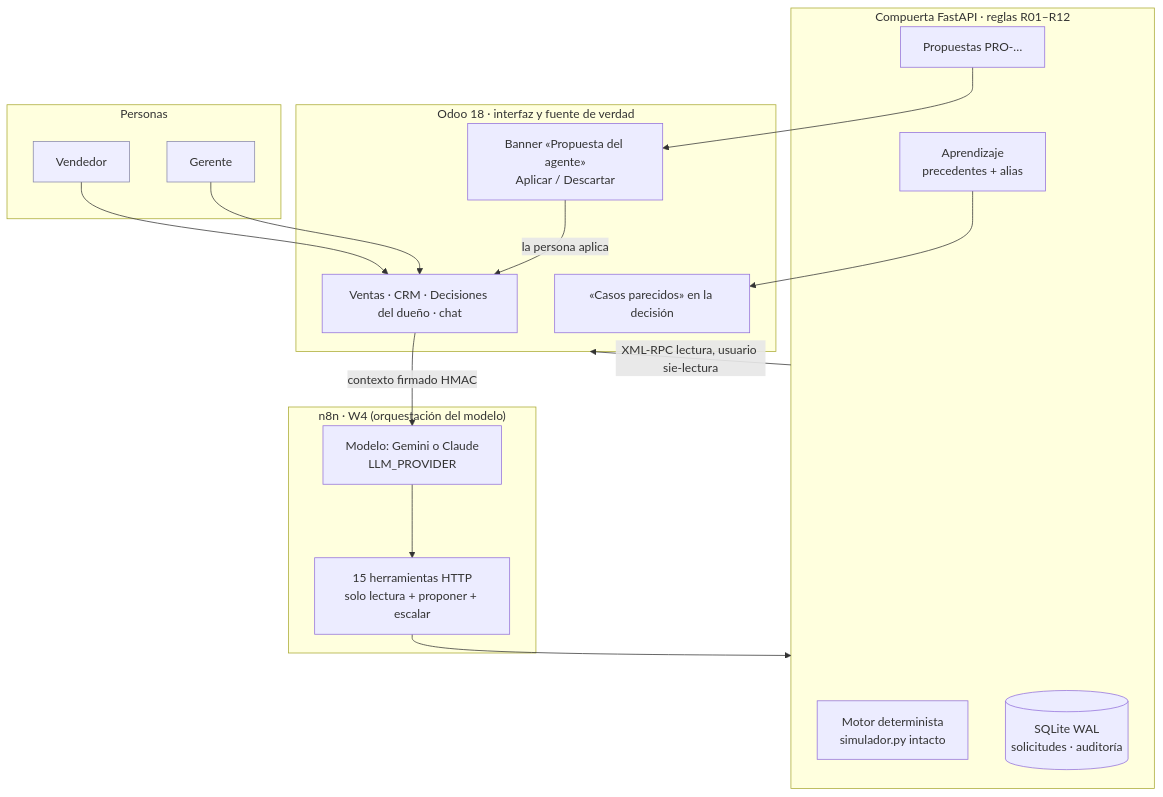
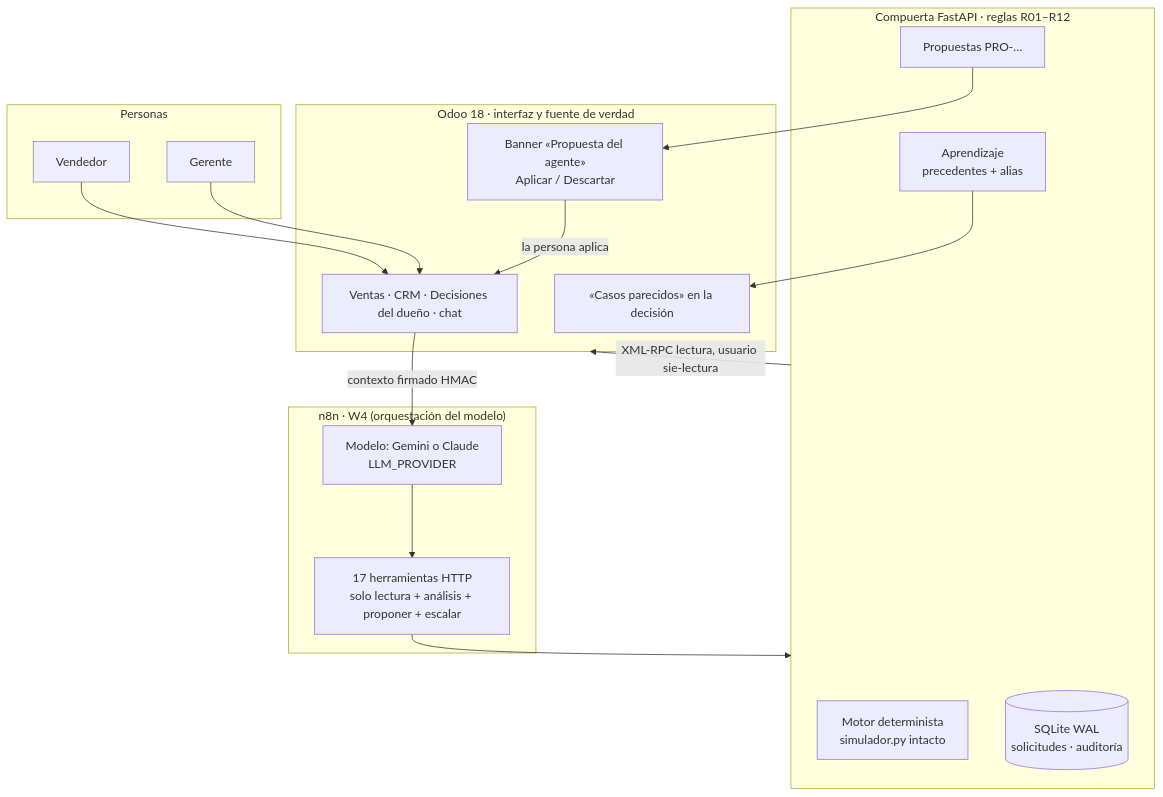
The diagram in app/docs/ARQUITECTURA_AGENTE.md (jharopr/ERP-SIE), drawn with Mermaid before and after one commit. The commit also changed other lines of this file and 15 other files, not shown here.

````diff
--- a/app/docs/ARQUITECTURA_AGENTE.md
+++ b/app/docs/ARQUITECTURA_AGENTE.md
@@ -7,30 +7,30 @@
 ```mermaid
 flowchart TB
   subgraph Personas
     V[Vendedor]:::h
     G[Gerente]:::h
   end
   subgraph Odoo["Odoo 18 · interfaz y fuente de verdad"]
     UI[Ventas · CRM · Decisiones del dueño · chat]
     BAN[Banner «Propuesta del agente»<br/>Aplicar / Descartar]
     PREC[«Casos parecidos» en la decisión]
   end
   subgraph n8n["n8n · W4 (orquestación del modelo)"]
     LLM[Modelo: Gemini o Claude<br/>LLM_PROVIDER]
-    T[15 herramientas HTTP<br/>solo lectura + proponer + escalar]
+    T[17 herramientas HTTP<br/>solo lectura + análisis + proponer + escalar]
   end
   subgraph C["Compuerta FastAPI · reglas R01–R12"]
     M[Motor determinista<br/>simulador.py intacto]
     P[Propuestas PRO-…]
     A[Aprendizaje<br/>precedentes + alias]
     DB[(SQLite WAL<br/>solicitudes · auditoría)]
   end
   V & G --> UI
   UI -->|contexto firmado HMAC| LLM
   LLM --> T --> C
   C -->|XML-RPC lectura, usuario sie-lectura| Odoo
   P --> BAN
   A --> PREC
   BAN -->|la persona aplica| UI
   classDef h fill:#eef,stroke:#88a
 ```
````
